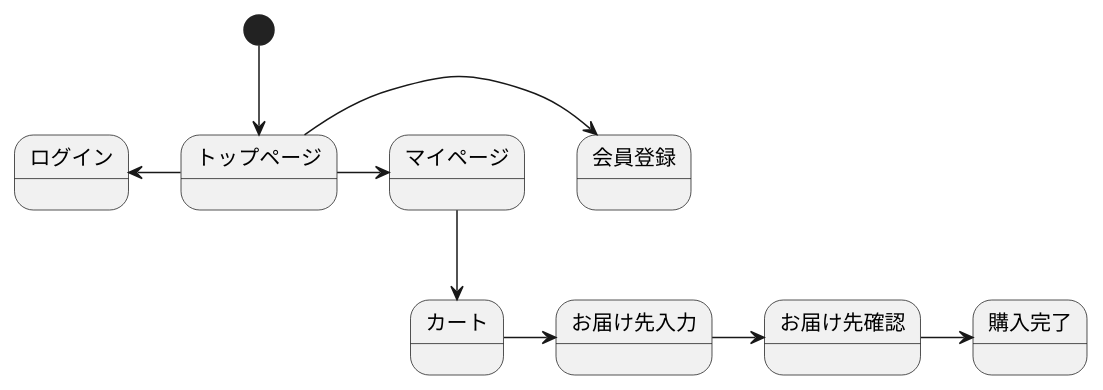
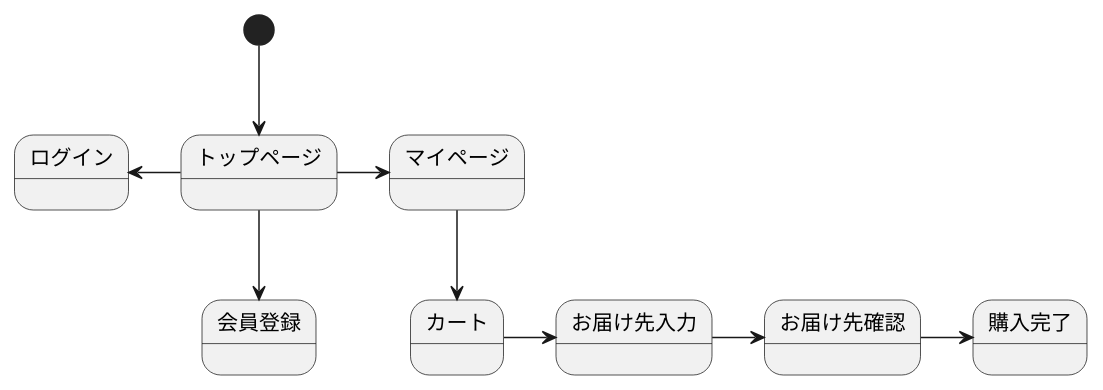
One commit to Aso2001163/2021sys-design-2 changed the diagram in stm01.md. Above: the diagram before and after it, drawn with PlantUML.

````diff
--- a/stm01.md
+++ b/stm01.md
@@ -1,12 +1,12 @@
 ```uml
 @startuml
 [*] --> トップページ
-トップページ -down> 会員登録  
+トップページ -down-> 会員登録  
 トップページ -left-> ログイン
 トップページ -> マイページ
 マイページ --> カート
 カート -> お届け先入力
 お届け先入力 -> お届け先確認
 お届け先確認 -> 購入完了
 @enduml
 ```
````
